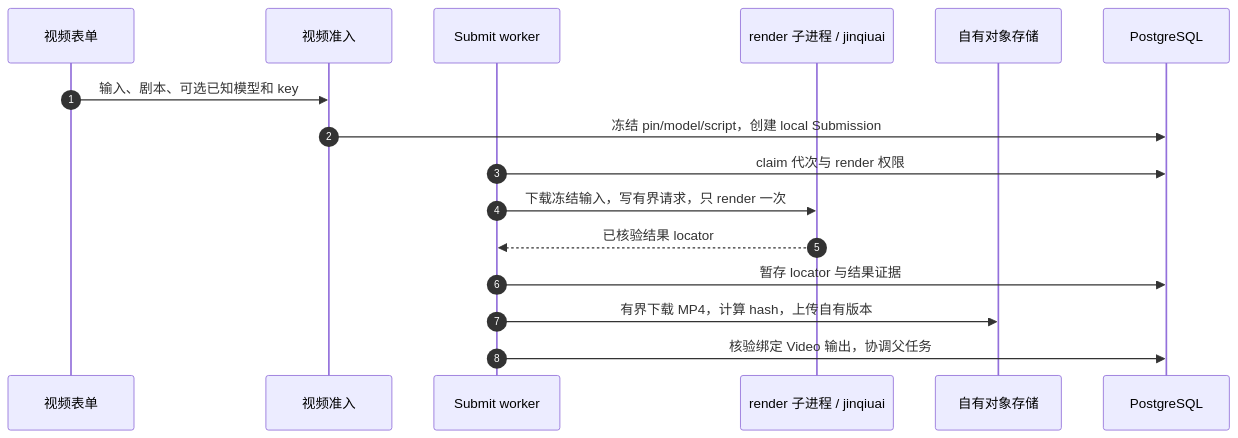
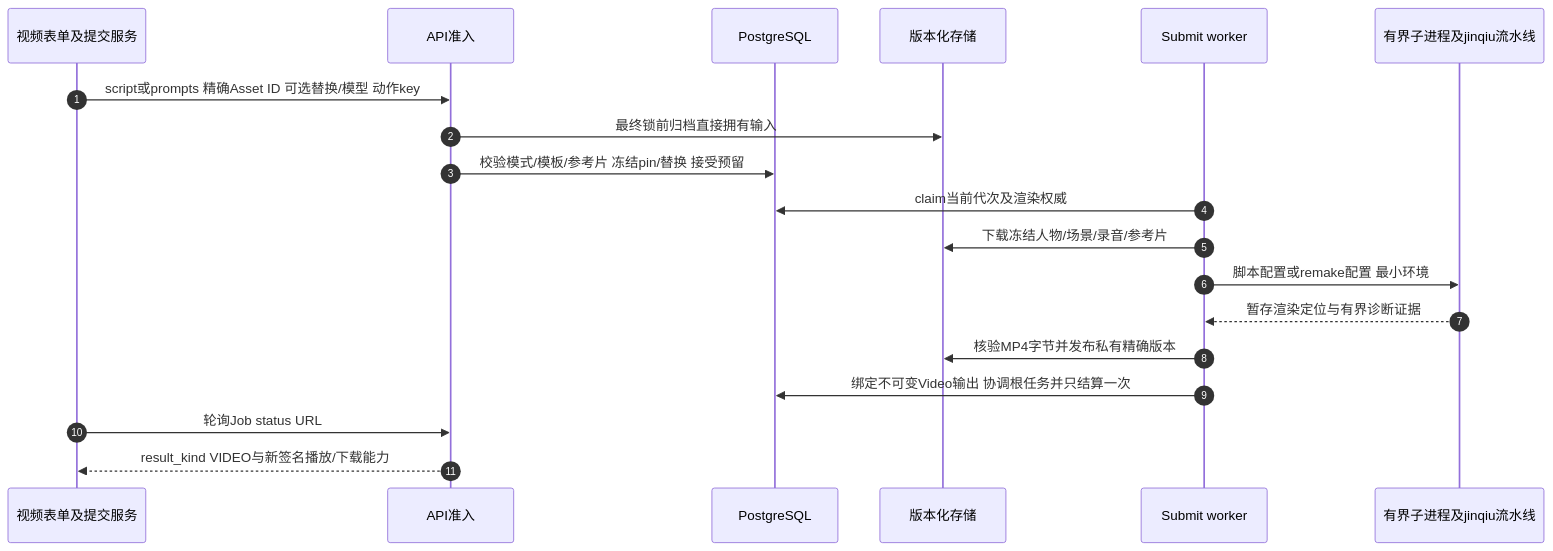
One commit to Orientation-CD/docs changed the second of 2 diagrams in zh/reference/flows/workflow-products-flow.md. Above: the diagram before and after it, drawn with Mermaid. The commit also changed other lines of this file and 187 other files, not shown here.

````diff
--- a/zh/reference/flows/workflow-products-flow.md
+++ b/zh/reference/flows/workflow-products-flow.md
@@ -95,18 +105,21 @@
 ```mermaid
 sequenceDiagram
   autonumber
-  participant UI as 视频表单
-  participant API as 视频准入
+  participant UI as 视频表单及提交服务
+  participant A as API准入
+  participant DB as PostgreSQL
+  participant S as 版本化存储
   participant W as Submit worker
-  participant C as render 子进程 / jinqiuai
-  participant O as 自有对象存储
-  participant DB as PostgreSQL
-  UI->>API: 输入、剧本、可选已知模型和 key
-  API->>DB: 冻结 pin/model/script，创建 local Submission
-  W->>DB: claim 代次与 render 权限
-  W->>C: 下载冻结输入，写有界请求，只 render 一次
-  C-->>W: 已核验结果 locator
-  W->>DB: 暂存 locator 与结果证据
-  W->>O: 有界下载 MP4，计算 hash，上传自有版本
-  W->>DB: 核验绑定 Video 输出，协调父任务
+  participant C as 有界子进程及jinqiu流水线
+  UI->>A: script或prompts 精确Asset ID 可选替换/模型 动作key
+  A->>S: 最终锁前归档直接拥有输入
+  A->>DB: 校验模式/模板/参考片 冻结pin/替换 接受预留
+  W->>DB: claim当前代次及渲染权威
+  W->>S: 下载冻结人物/场景/录音/参考片
+  W->>C: 脚本配置或remake配置 最小环境
+  C-->>W: 暂存渲染定位与有界诊断证据
+  W->>S: 核验MP4字节并发布私有精确版本
+  W->>DB: 绑定不可变Video输出 协调根任务并只结算一次
+  UI->>A: 轮询Job status URL
+  A-->>UI: result_kind VIDEO与新签名播放/下载能力
 ```
````
